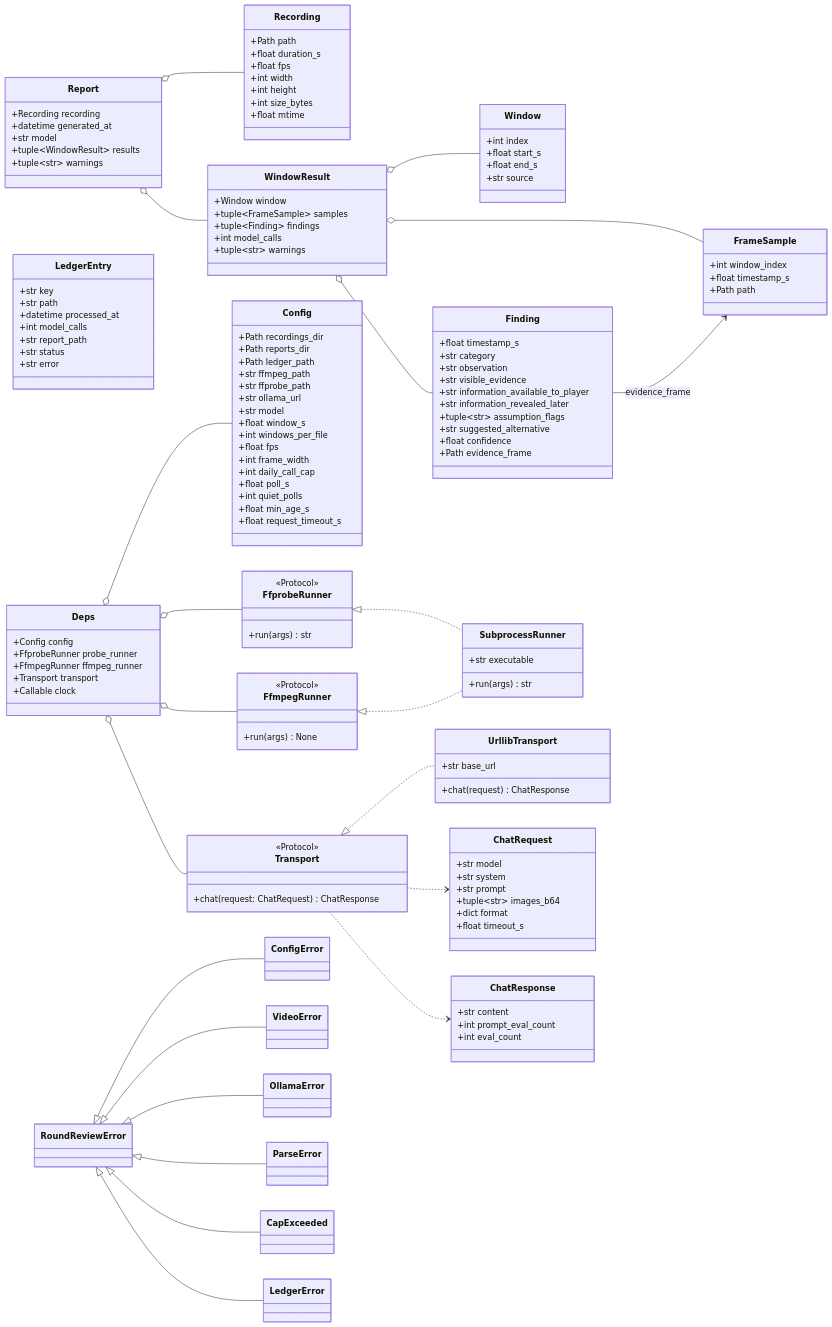
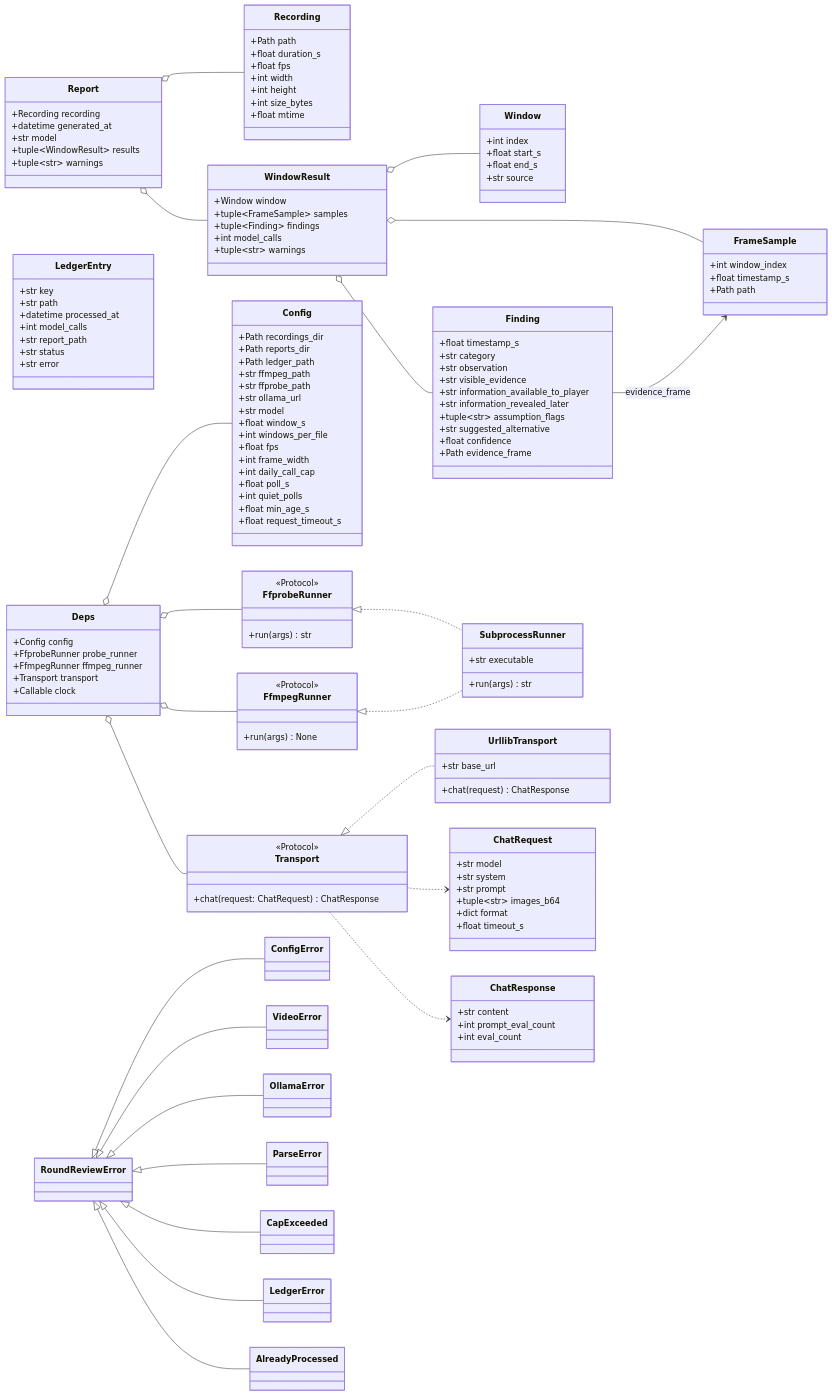
Before and after one commit to Hunter-Abshire/round-review: the diagram in docs/uml/class.md, drawn with Mermaid. The commit also changed 8 other files, not shown here.

````diff
--- a/docs/uml/class.md
+++ b/docs/uml/class.md
@@ -138,6 +138,7 @@
     class ParseError
     class CapExceeded
     class LedgerError
+    class AlreadyProcessed
 
     Transport <|.. UrllibTransport
     FfprobeRunner <|.. SubprocessRunner
@@ -160,4 +161,5 @@
     RoundReviewError <|-- ParseError
     RoundReviewError <|-- CapExceeded
     RoundReviewError <|-- LedgerError
+    RoundReviewError <|-- AlreadyProcessed
 ```
````
